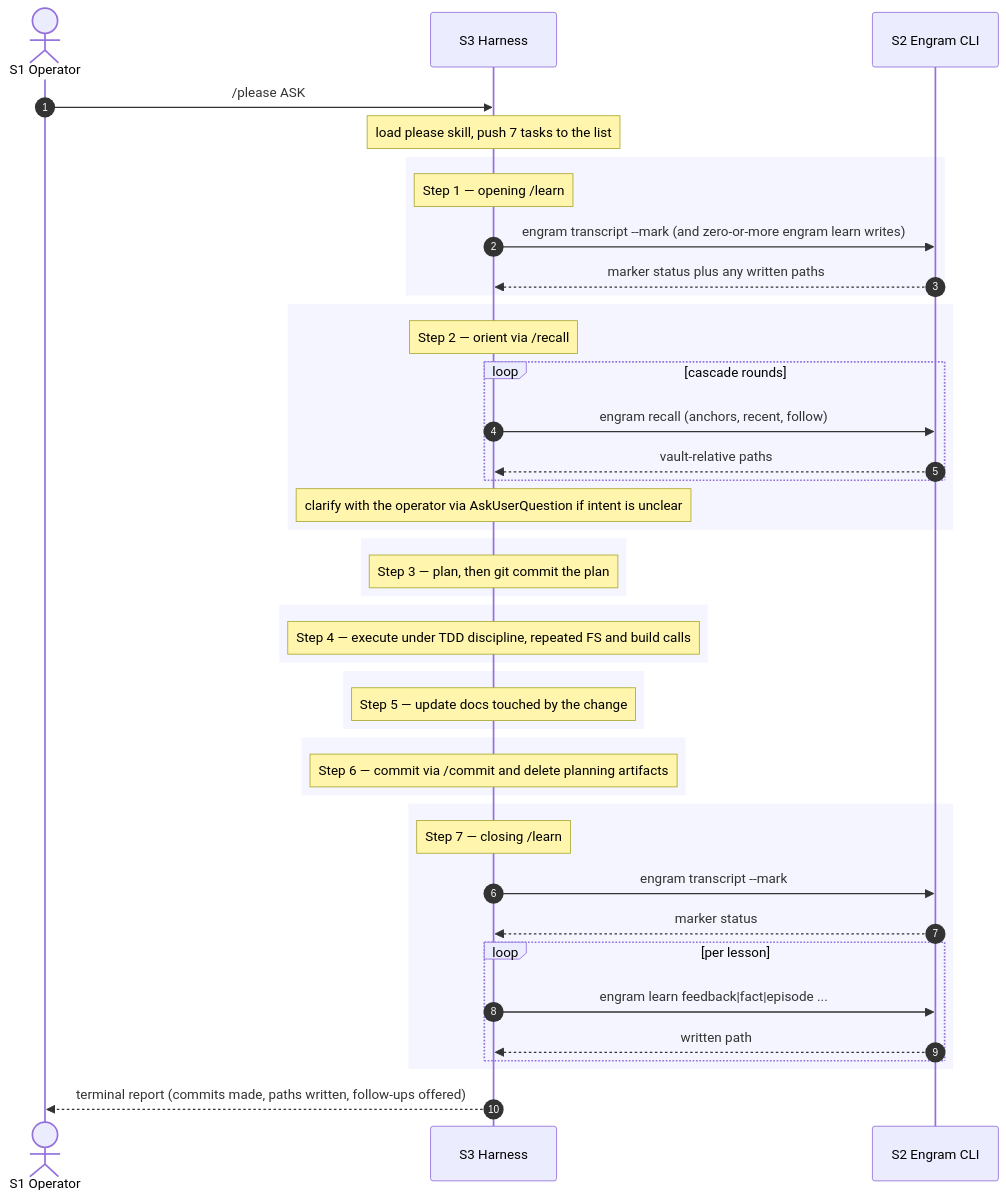
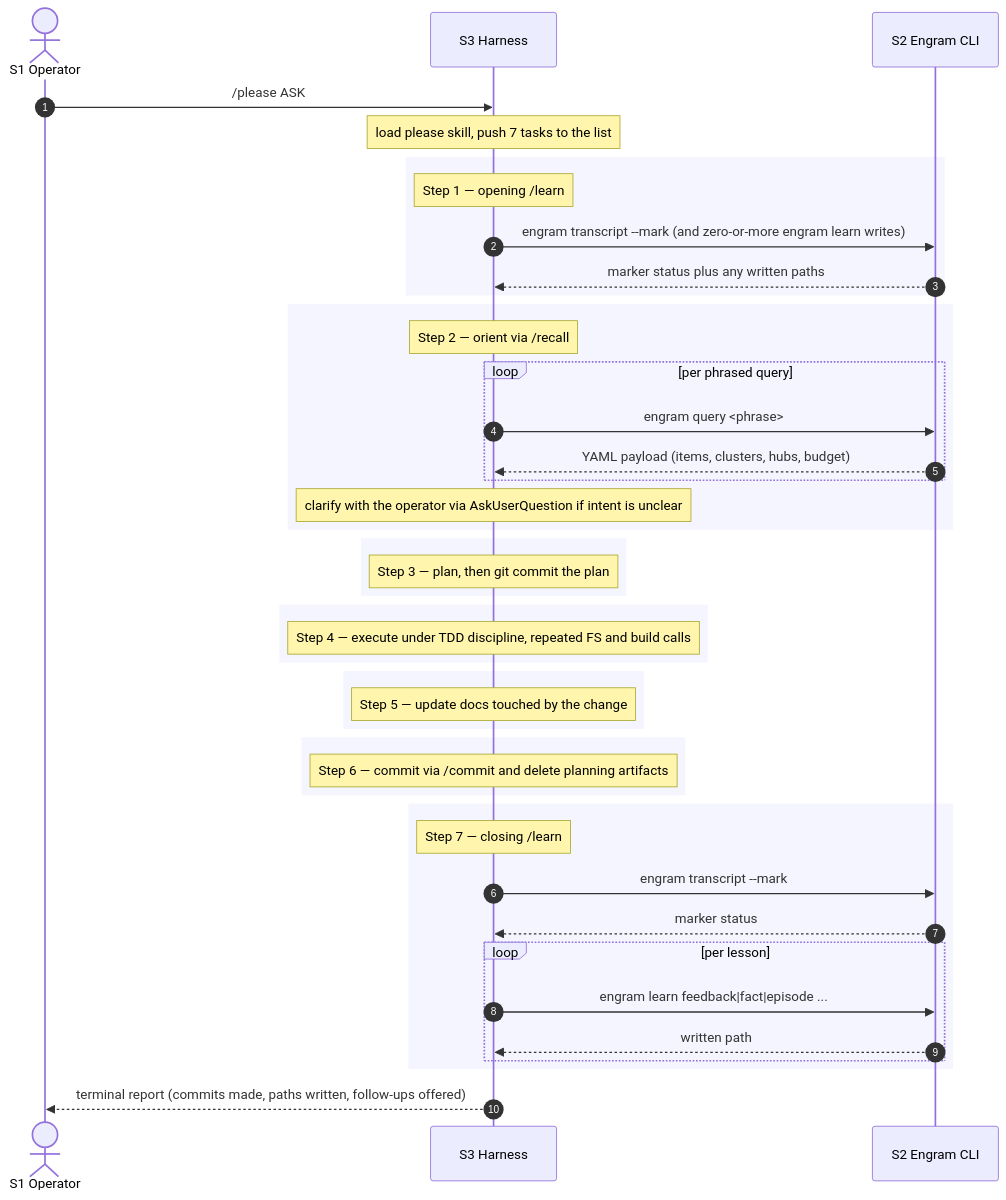
One commit to toejough/engram changed the fourth of 5 diagrams in docs/architecture/c1-system-context.md. Above: the diagram before and after it, drawn with Mermaid. The commit also changed 9 other files, not shown here.

First line of the commit message:
refactor(cli): drop engram recall legacy subcommand

````diff
--- a/docs/architecture/c1-system-context.md
+++ b/docs/architecture/c1-system-context.md
@@ -179,53 +179,53 @@
 ```mermaid
 sequenceDiagram
     autonumber
     actor Op as S1 Operator
     participant H as S3 Harness
     participant E as S2 Engram CLI
 
     Op->>H: /please ASK
     Note over H: load please skill, push 7 tasks to the list
 
     rect rgb(245,245,255)
         Note over H: Step 1 — opening /learn
         H->>E: engram transcript --mark (and zero-or-more engram learn writes)
         E-->>H: marker status plus any written paths
     end
 
     rect rgb(245,245,255)
         Note over H: Step 2 — orient via /recall
-        loop cascade rounds
-            H->>E: engram recall (anchors, recent, follow)
-            E-->>H: vault-relative paths
+        loop per phrased query
+            H->>E: engram query <phrase>
+            E-->>H: YAML payload (items, clusters, hubs, budget)
         end
         Note over H: clarify with the operator via AskUserQuestion if intent is unclear
     end
 
     rect rgb(245,245,255)
         Note over H: Step 3 — plan, then git commit the plan
     end
 
     rect rgb(245,245,255)
         Note over H: Step 4 — execute under TDD discipline, repeated FS and build calls
     end
 
     rect rgb(245,245,255)
         Note over H: Step 5 — update docs touched by the change
     end
 
     rect rgb(245,245,255)
         Note over H: Step 6 — commit via /commit and delete planning artifacts
     end
 
     rect rgb(245,245,255)
         Note over H: Step 7 — closing /learn
         H->>E: engram transcript --mark
         E-->>H: marker status
         loop per lesson
             H->>E: engram learn feedback|fact|episode ...
             E-->>H: written path
         end
     end
 
     H-->>Op: terminal report (commits made, paths written, follow-ups offered)
 ```
````
